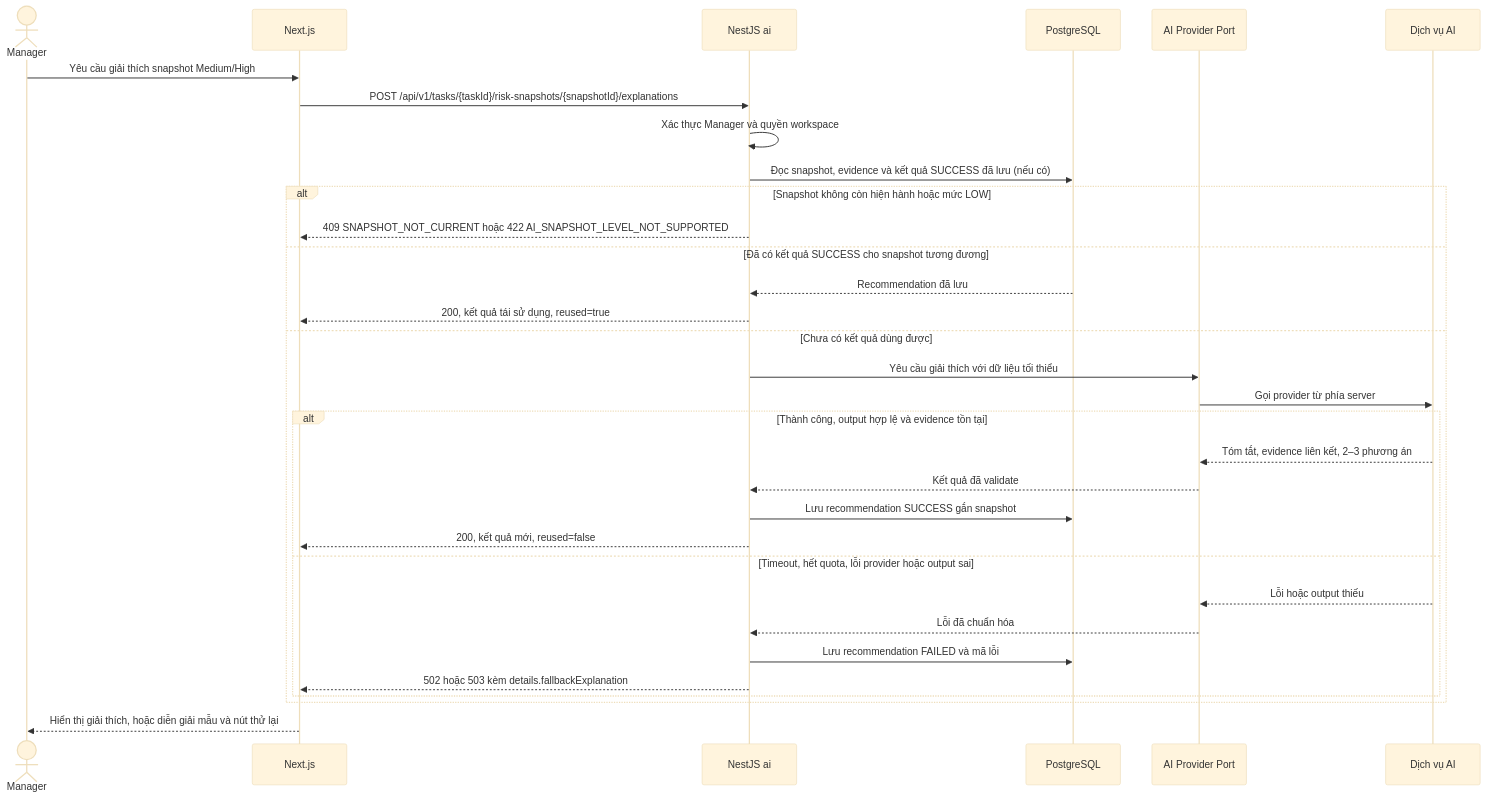
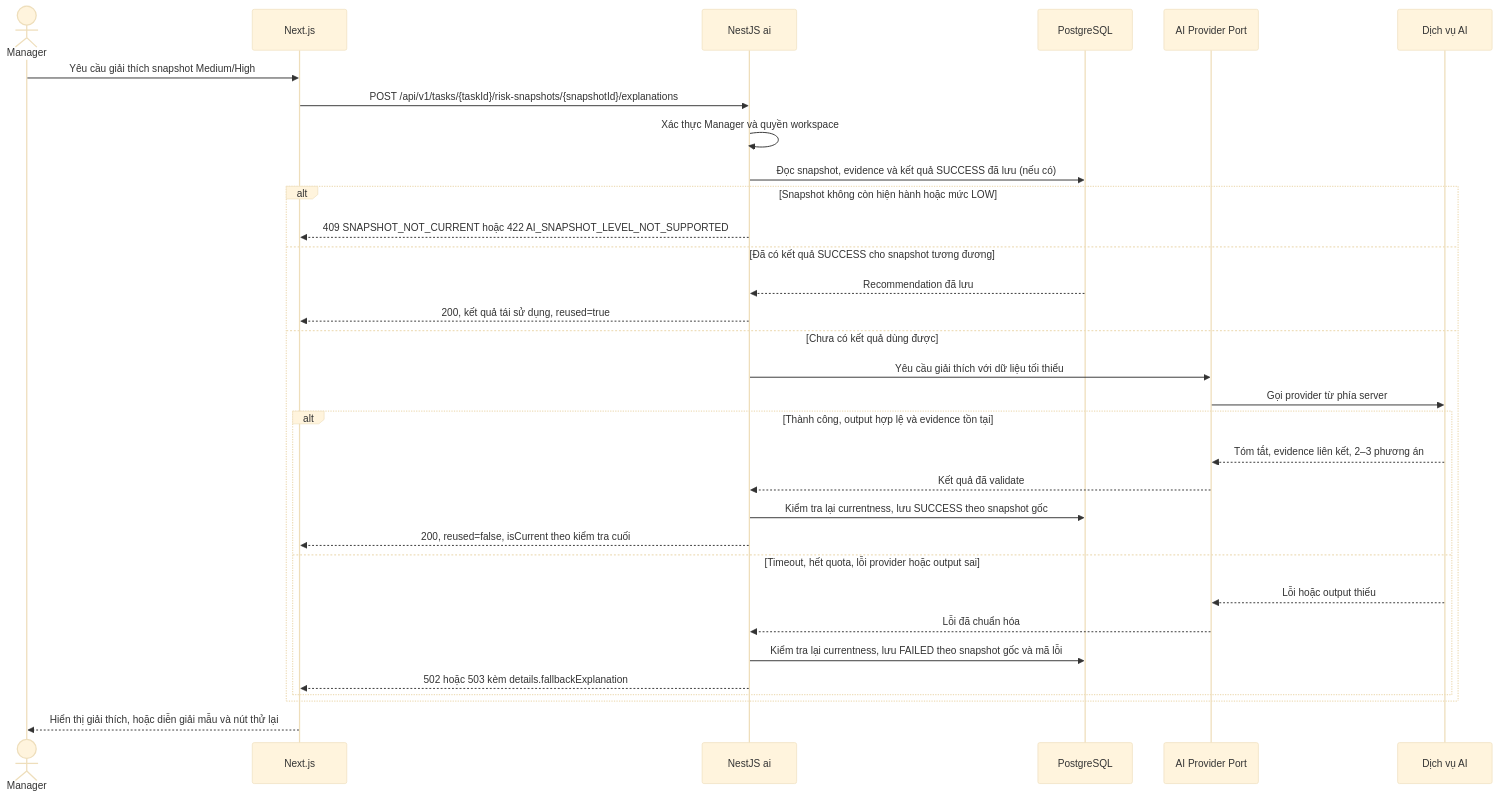
Before and after one commit to KhoiTran2905/CWRM-platform: the fourth of 4 diagrams in docs/architecture/CWRM-11_Architecture.md, drawn with Mermaid (base theme). The commit also changed other lines of this file and 3 other files, not shown here.

````diff
--- a/docs/architecture/CWRM-11_Architecture.md
+++ b/docs/architecture/CWRM-11_Architecture.md
@@ -296,35 +301,35 @@
 ```mermaid
 sequenceDiagram
     actor M as Manager
     participant UI as Next.js
     participant API as NestJS ai
     participant DB as PostgreSQL
     participant PORT as AI Provider Port
     participant EXT as Dịch vụ AI
 
     M->>UI: Yêu cầu giải thích snapshot Medium/High
     UI->>API: POST /api/v1/tasks/{taskId}/risk-snapshots/{snapshotId}/explanations
     API->>API: Xác thực Manager và quyền workspace
     API->>DB: Đọc snapshot, evidence và kết quả SUCCESS đã lưu (nếu có)
     alt Snapshot không còn hiện hành hoặc mức LOW
         API-->>UI: 409 SNAPSHOT_NOT_CURRENT hoặc 422 AI_SNAPSHOT_LEVEL_NOT_SUPPORTED
     else Đã có kết quả SUCCESS cho snapshot tương đương
         DB-->>API: Recommendation đã lưu
         API-->>UI: 200, kết quả tái sử dụng, reused=true
     else Chưa có kết quả dùng được
         API->>PORT: Yêu cầu giải thích với dữ liệu tối thiểu
         PORT->>EXT: Gọi provider từ phía server
         alt Thành công, output hợp lệ và evidence tồn tại
             EXT-->>PORT: Tóm tắt, evidence liên kết, 2–3 phương án
             PORT-->>API: Kết quả đã validate
-            API->>DB: Lưu recommendation SUCCESS gắn snapshot
-            API-->>UI: 200, kết quả mới, reused=false
+            API->>DB: Kiểm tra lại currentness, lưu SUCCESS theo snapshot gốc
+            API-->>UI: 200, reused=false, isCurrent theo kiểm tra cuối
         else Timeout, hết quota, lỗi provider hoặc output sai
             EXT-->>PORT: Lỗi hoặc output thiếu
             PORT-->>API: Lỗi đã chuẩn hóa
-            API->>DB: Lưu recommendation FAILED và mã lỗi
+            API->>DB: Kiểm tra lại currentness, lưu FAILED theo snapshot gốc và mã lỗi
             API-->>UI: 502 hoặc 503 kèm details.fallbackExplanation
         end
     end
     UI-->>M: Hiển thị giải thích, hoặc diễn giải mẫu và nút thử lại
 ```
````
